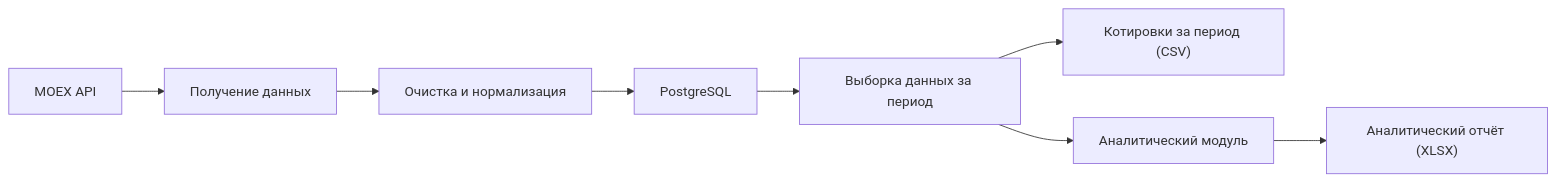
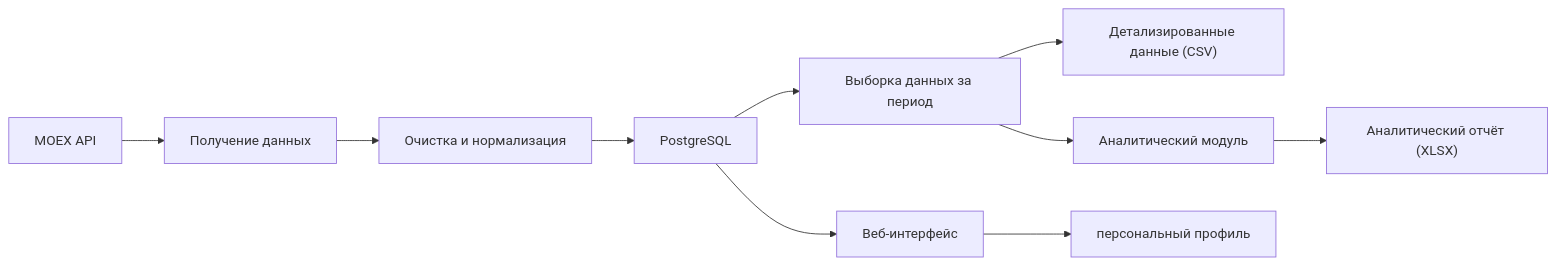
The diagram in README.md (fetgrigory/Stock-Data-Service), drawn with Mermaid before and after one commit. The commit also changed other lines of this file, not shown here.

````diff
--- a/README.md
+++ b/README.md
@@ -25,17 +25,13 @@
 ```mermaid
 graph LR
 
     A[MOEX API] --> B[Получение данных]
-
     B --> C[Очистка и нормализация]
-
     C --> D[PostgreSQL]
-
     D --> E[Выборка данных за период]
-
-    E --> F["Котировки за период (CSV)"]
-
+    E --> F["Детализированные данные (CSV)"]
     E --> G[Аналитический модуль]
-
     G --> H["Аналитический отчёт (XLSX)"]
+    D --> I[Веб-интерфейс]
+    I --> J[персональный профиль]
 ```
````
